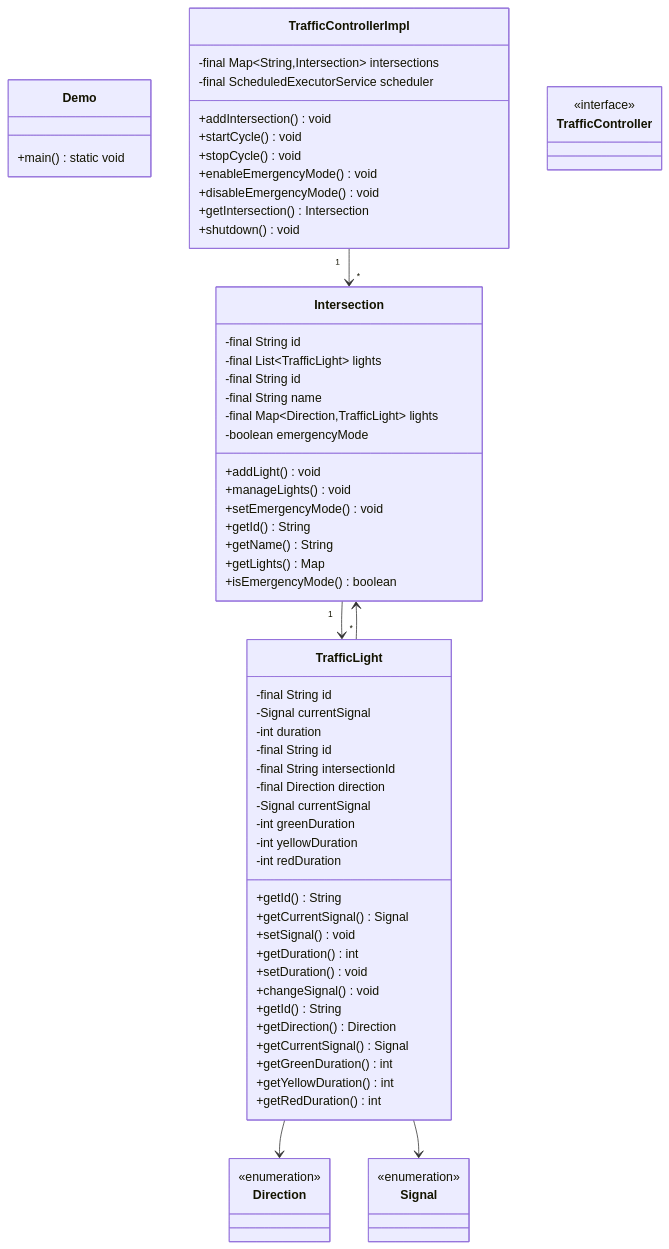
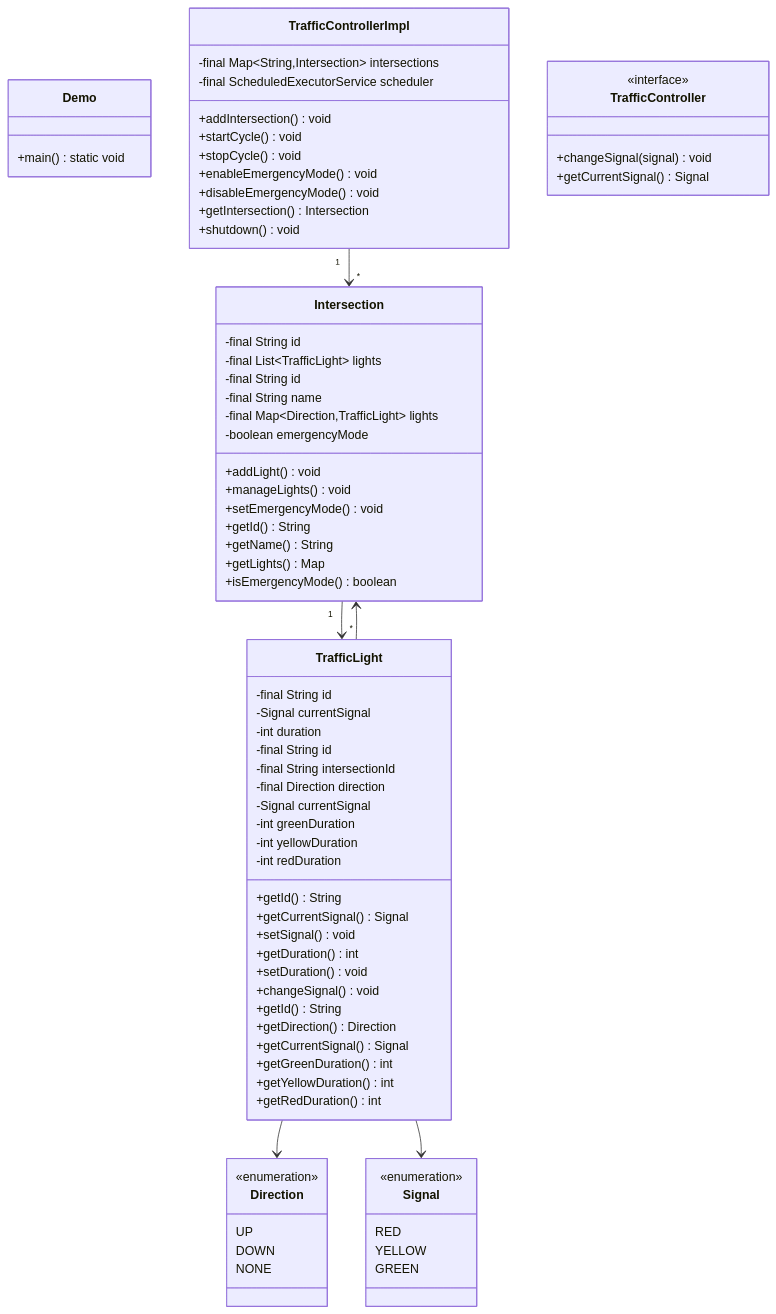
Before and after one commit to dlkr18/lld-playbook: the diagram in docs/problems/trafficcontrol/README.md, drawn with Mermaid. The commit also changed 95 other files, not shown here.

```diff
--- a/docs/problems/trafficcontrol/README.md
+++ b/docs/problems/trafficcontrol/README.md
@@ -126,14 +126,25 @@
         +getRedDuration() int
     }
 
-    class Direction
-    <<enumeration>> Direction
+    class Direction {
+        <<enumeration>>
+        UP
+        DOWN
+        NONE
+    }
 
-    class Signal
-    <<enumeration>> Signal
+    class Signal {
+        <<enumeration>>
+        RED
+        YELLOW
+        GREEN
+    }
 
-    class TrafficController
-    <<interface>> TrafficController
+    class TrafficController {
+        <<interface>>
+        +changeSignal(signal) void
+        +getCurrentSignal() Signal
+    }
 
     TrafficLight --> Intersection
     TrafficLight --> Direction
```
